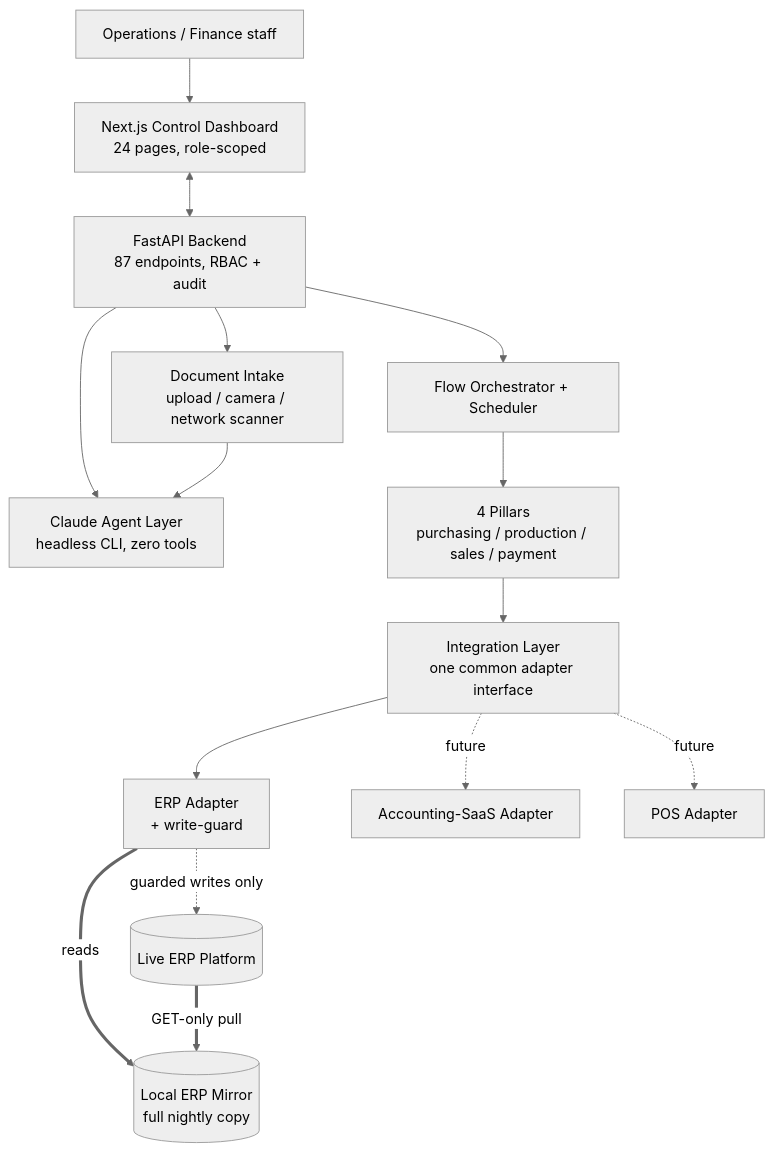
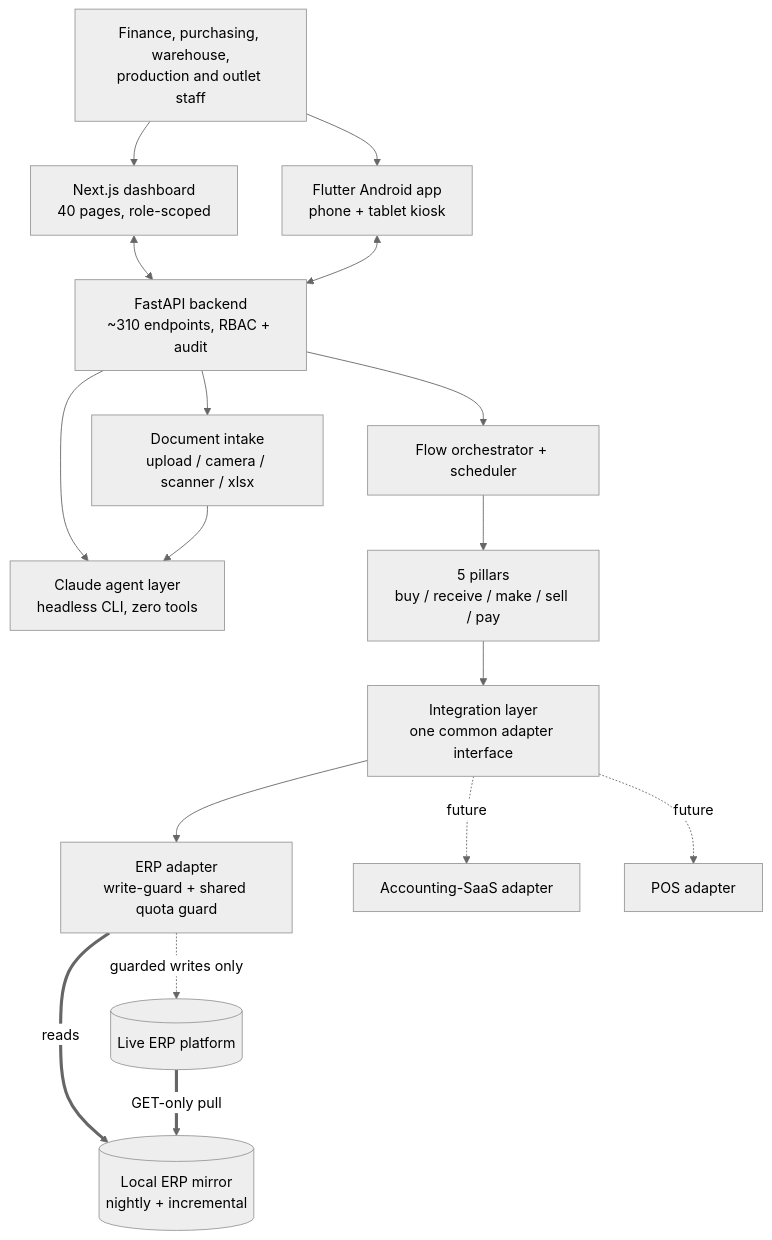
Before and after one commit to robiriu/robiriu.github.io: the first of 4 diagrams in docs/projects/erp-automation-platform.md, drawn with Mermaid (neutral theme). The commit also changed other lines of this file and 2 other files, not shown here.

First line of the commit message:
Update the ERP automation platform page with progress since August

````diff
--- a/docs/projects/erp-automation-platform.md
+++ b/docs/projects/erp-automation-platform.md
@@ -51,21 +59,23 @@
 ```mermaid
 flowchart TB
-    U["Operations / Finance staff"]
-    U --> DASH["Next.js Control Dashboard<br/>24 pages, role-scoped"]
-    DASH <--> API["FastAPI Backend<br/>87 endpoints, RBAC + audit"]
+    U["Finance, purchasing, warehouse,<br/>production and outlet staff"]
+    U --> DASH["Next.js dashboard<br/>40 pages, role-scoped"]
+    U --> APP["Flutter Android app<br/>phone + tablet kiosk"]
+    DASH <--> API["FastAPI backend<br/>~310 endpoints, RBAC + audit"]
+    APP <--> API
 
-    API --> AGENT["Claude Agent Layer<br/>headless CLI, zero tools"]
-    API --> DOC["Document Intake<br/>upload / camera / network scanner"]
-    API --> ORCH["Flow Orchestrator + Scheduler"]
-    ORCH --> FLOWS["4 Pillars<br/>purchasing / production / sales / payment"]
+    API --> AGENT["Claude agent layer<br/>headless CLI, zero tools"]
+    API --> DOC["Document intake<br/>upload / camera / scanner / xlsx"]
+    API --> ORCH["Flow orchestrator + scheduler"]
+    ORCH --> FLOWS["5 pillars<br/>buy / receive / make / sell / pay"]
 
     DOC --> AGENT
-    FLOWS --> INT["Integration Layer<br/>one common adapter interface"]
-    INT --> ERPA["ERP Adapter<br/>+ write-guard"]
-    INT -. future .-> ACC["Accounting-SaaS Adapter"]
-    INT -. future .-> POS["POS Adapter"]
+    FLOWS --> INT["Integration layer<br/>one common adapter interface"]
+    INT --> ERPA["ERP adapter<br/>write-guard + shared quota guard"]
+    INT -. future .-> ACC["Accounting-SaaS adapter"]
+    INT -. future .-> POS["POS adapter"]
 
-    ERPA ==>|"reads"| MIRROR[("Local ERP Mirror<br/>full nightly copy")]
-    ERPA -.->|"guarded writes only"| ERP[("Live ERP Platform")]
+    ERPA ==>|"reads"| MIRROR[("Local ERP mirror<br/>nightly + incremental")]
+    ERPA -.->|"guarded writes only"| ERP[("Live ERP platform")]
     ERP ==>|"GET-only pull"| MIRROR
 ```
````
